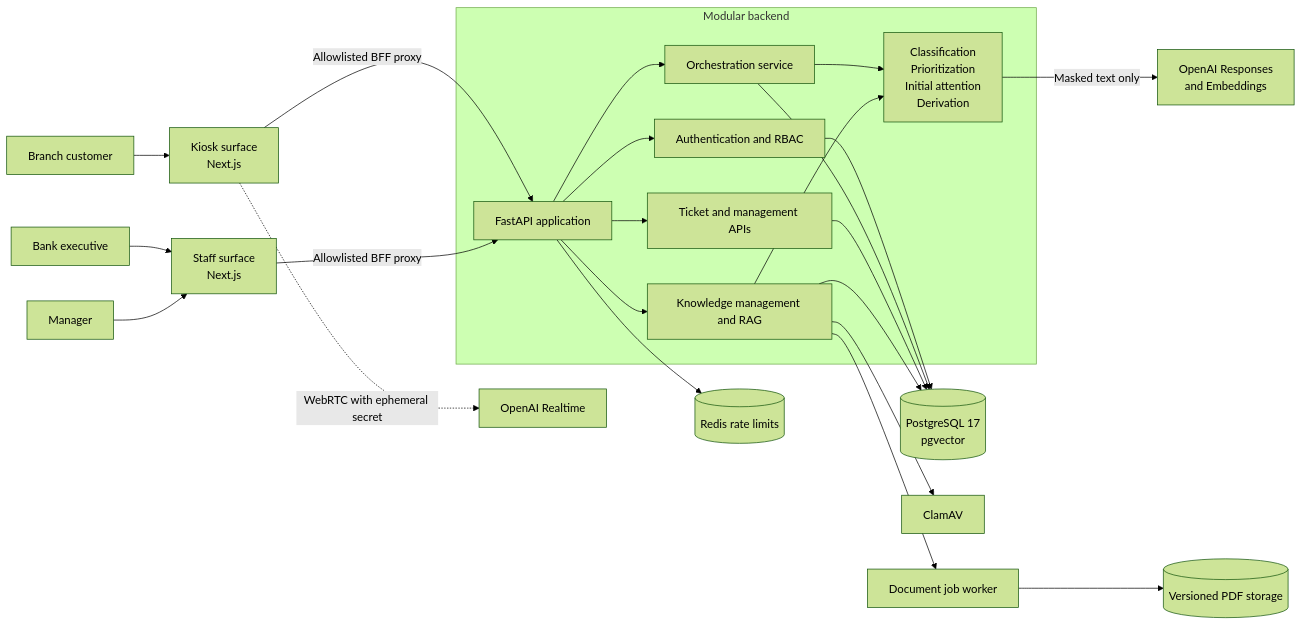
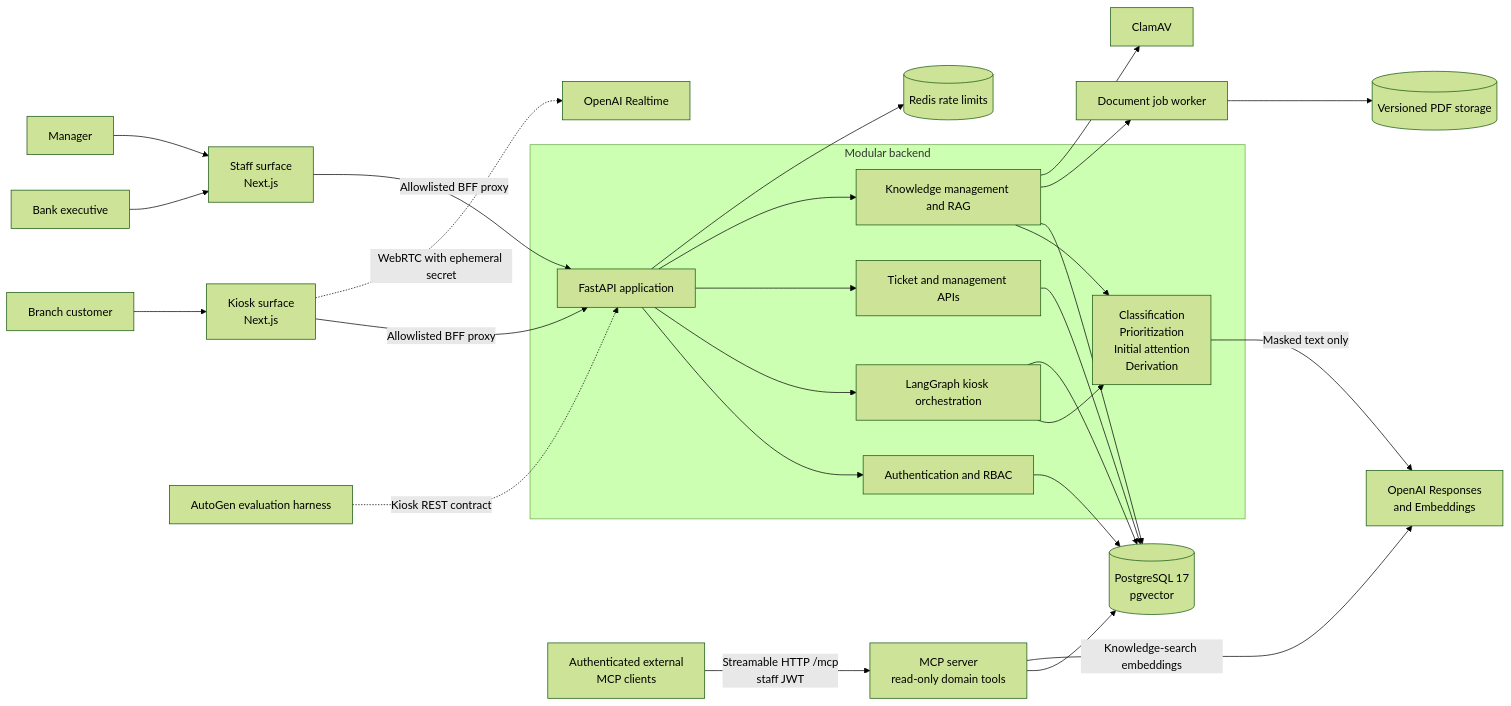
One commit to ChristianMendozaa/banking-orchestration-system changed the first of 10 diagrams in README.md. Above: the diagram before and after it, drawn with Mermaid (forest theme). The commit also changed other lines of this file and 46 other files, not shown here.

````diff
--- a/README.md
+++ b/README.md
@@ -55,29 +56,34 @@
 ```mermaid
 flowchart LR
     Customer[Branch customer] --> Kiosk[Kiosk surface<br/>Next.js]
     Executive[Bank executive] --> Staff[Staff surface<br/>Next.js]
     Manager[Manager] --> Staff
+    Eval[AutoGen evaluation harness] -.->|Kiosk REST contract| API
 
     Kiosk -->|Allowlisted BFF proxy| API[FastAPI application]
     Staff -->|Allowlisted BFF proxy| API
     Kiosk -.->|WebRTC with ephemeral secret| Realtime[OpenAI Realtime]
 
     subgraph Backend[Modular backend]
         API --> Auth[Authentication and RBAC]
-        API --> Orchestrator[Orchestration service]
+        API --> Orchestrator[LangGraph kiosk orchestration]
         API --> Operations[Ticket and management APIs]
         API --> Knowledge[Knowledge management and RAG]
         Orchestrator --> Agents[Classification<br/>Prioritization<br/>Initial attention<br/>Derivation]
         Knowledge --> Agents
     end
 
     Auth --> PostgreSQL[(PostgreSQL 17<br/>pgvector)]
     Orchestrator --> PostgreSQL
     Operations --> PostgreSQL
     Knowledge --> PostgreSQL
     Knowledge --> Queue[Document job worker]
     Queue --> Documents[(Versioned PDF storage)]
     Knowledge --> Scanner[ClamAV]
     API --> Redis[(Redis rate limits)]
     Agents -->|Masked text only| OpenAI[OpenAI Responses<br/>and Embeddings]
+
+    MCPClients[Authenticated external<br/>MCP clients] -->|Streamable HTTP /mcp<br/>staff JWT| MCP[MCP server<br/>read-only domain tools]
+    MCP --> PostgreSQL
+    MCP -->|Knowledge-search embeddings| OpenAI
 ```
````
